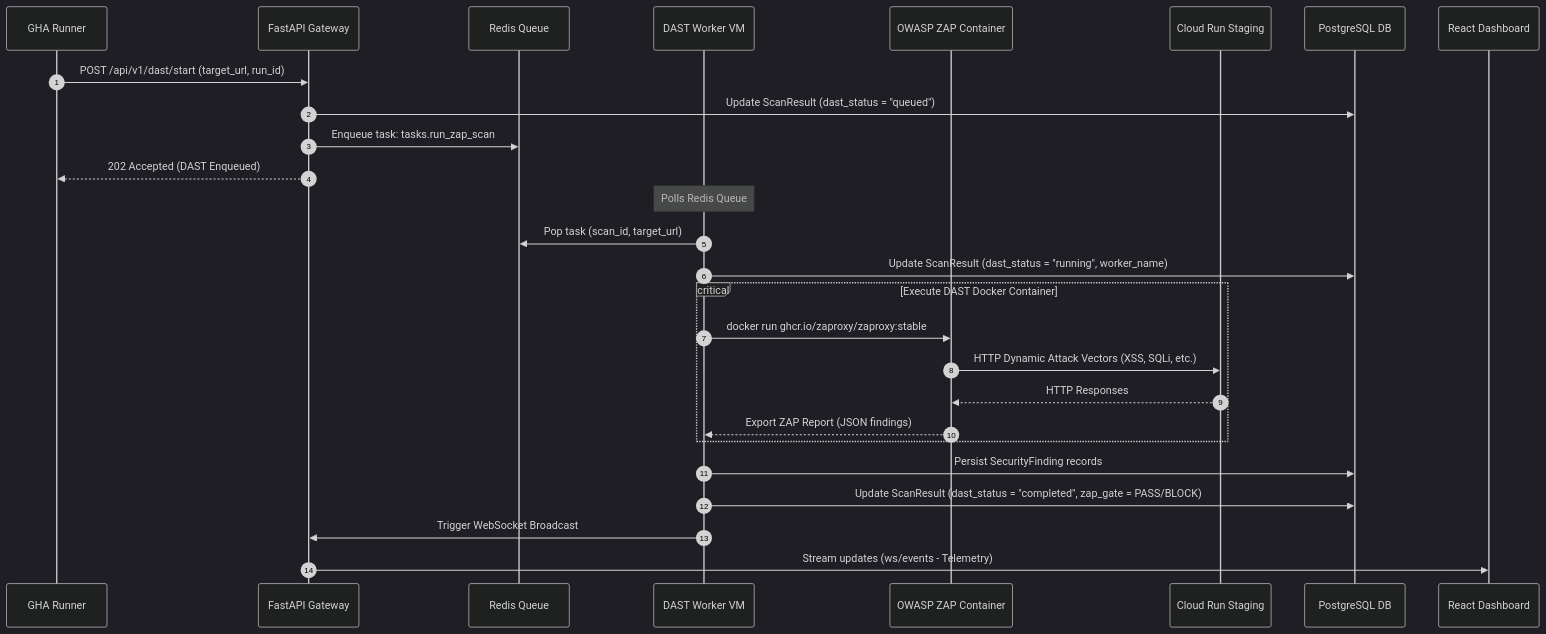
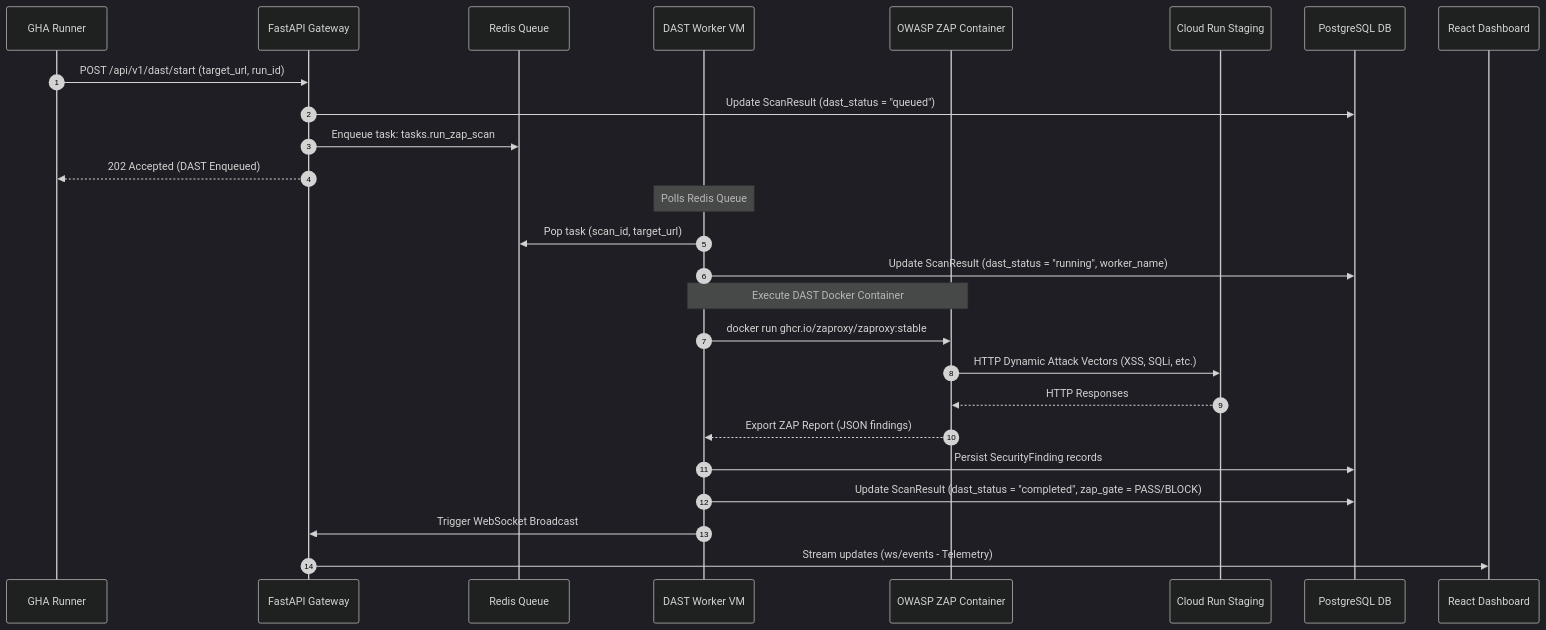
One commit to abhienix/SecureFlow changed the third of 5 diagrams in README.md. Above: the diagram before and after it, drawn with Mermaid (dark theme). The commit also changed other lines of this file and 2 other files, not shown here.

Commit message:
docs: remove duplicate diagram files and fix sequence/flowchart Mermaid syntax errors in README

````diff
--- a/README.md
+++ b/README.md
@@ -205,33 +226,32 @@
 ```mermaid
 sequenceDiagram
     autonumber
     participant GHA as GHA Runner
     participant API as FastAPI Gateway
     participant Redis as Redis Queue
     participant Worker as DAST Worker VM
     participant ZAP as OWASP ZAP Container
     participant Target as Cloud Run Staging
     participant DB as PostgreSQL DB
     participant UI as React Dashboard
 
     GHA->>API: POST /api/v1/dast/start (target_url, run_id)
     API->>DB: Update ScanResult (dast_status = "queued")
     API->>Redis: Enqueue task: tasks.run_zap_scan
     API-->>GHA: 202 Accepted (DAST Enqueued)
 
     Note over Worker: Polls Redis Queue
     Worker->>Redis: Pop task (scan_id, target_url)
     Worker->>DB: Update ScanResult (dast_status = "running", worker_name)
     
-    critical Execute DAST Docker Container
-        Worker->>ZAP: docker run ghcr.io/zaproxy/zaproxy:stable
-        ZAP->>Target: HTTP Dynamic Attack Vectors (XSS, SQLi, etc.)
-        Target-->>ZAP: HTTP Responses
-        ZAP-->>Worker: Export ZAP Report (JSON findings)
-    end
+    Note over Worker, ZAP: Execute DAST Docker Container
+    Worker->>ZAP: docker run ghcr.io/zaproxy/zaproxy:stable
+    ZAP->>Target: HTTP Dynamic Attack Vectors (XSS, SQLi, etc.)
+    Target-->>ZAP: HTTP Responses
+    ZAP-->>Worker: Export ZAP Report (JSON findings)
 
     Worker->>DB: Persist SecurityFinding records
     Worker->>DB: Update ScanResult (dast_status = "completed", zap_gate = PASS/BLOCK)
     Worker->>API: Trigger WebSocket Broadcast
     API->>UI: Stream updates (ws/events - Telemetry)
 ```
````
